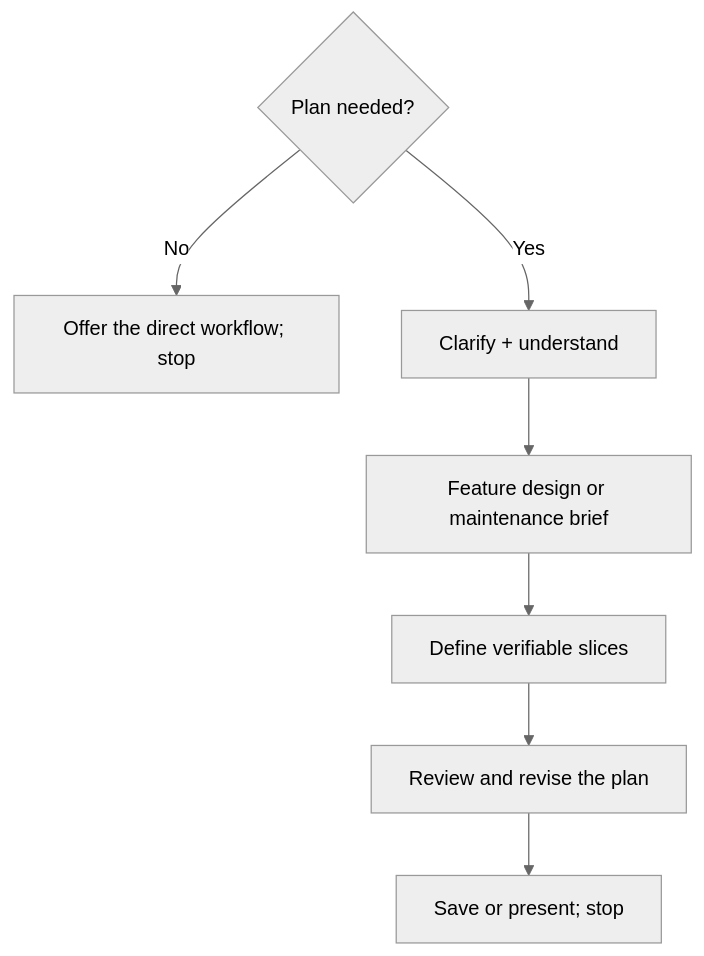
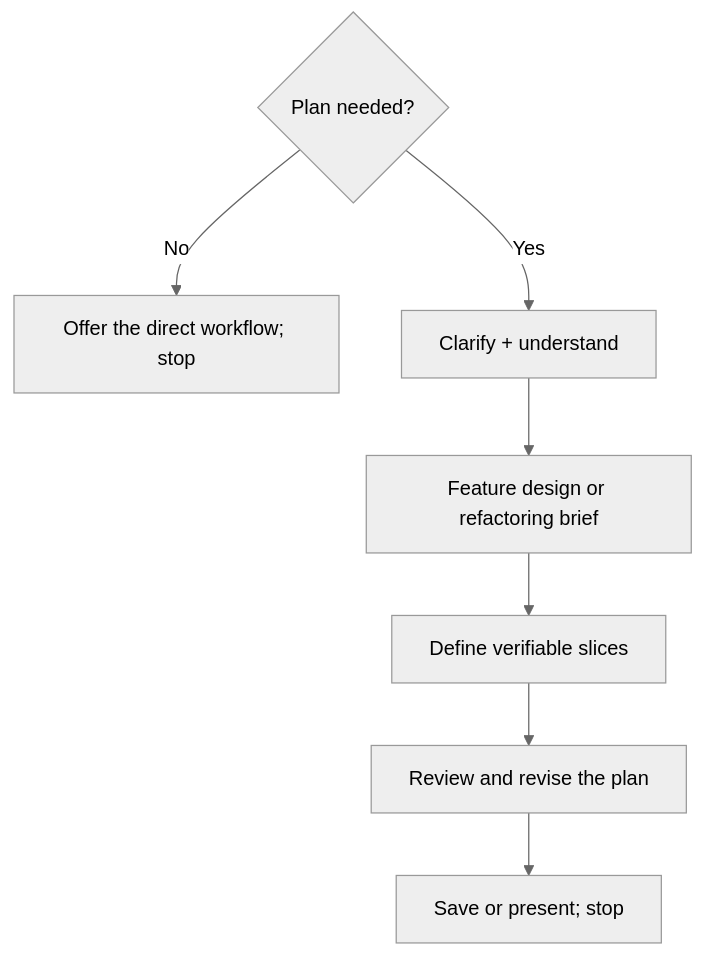
One commit to LeoMartinDev/skills changed the fourth of 16 diagrams in README.md. Above: the diagram before and after it, drawn with Mermaid (neutral theme). The commit also changed other lines of this file and 27 other files, not shown here.

````diff
--- a/README.md
+++ b/README.md
@@ -112,9 +112,9 @@
 ```mermaid
 flowchart TD
     Q{"Plan needed?"} -->|No| N["Offer the direct workflow; stop"]
     Q -->|Yes| H["Clarify + understand"]
-    H --> A["Feature design or maintenance brief"]
+    H --> A["Feature design or refactoring brief"]
     A --> S["Define verifiable slices"]
     S --> R["Review and revise the plan"]
     R --> O["Save or present; stop"]
 ```
````
